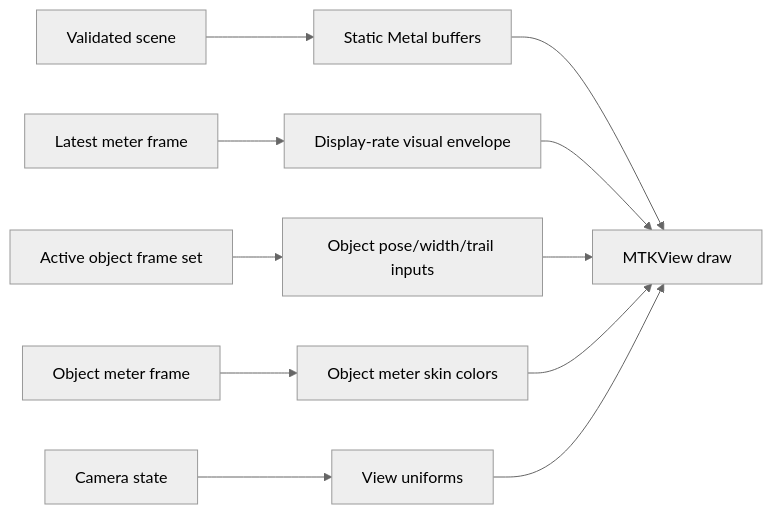
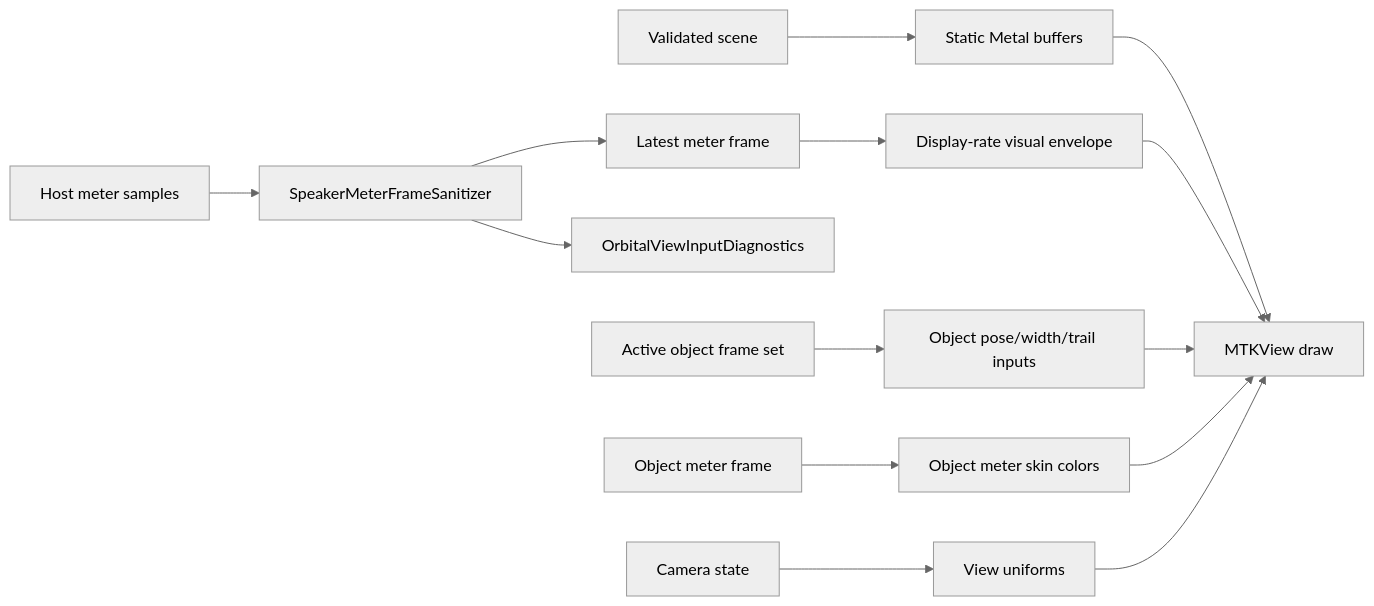
Before and after one commit to jebagu/orbital-view: the sixth of 15 diagrams in docs/system-flows.md, drawn with Mermaid (neutral theme). The commit also changed other lines of this file and 37 other files, not shown here.

Commit message:
Complete native Orbital View continuation and viewer

````diff
--- a/docs/system-flows.md
+++ b/docs/system-flows.md
@@ -38,13 +77,16 @@
 ```mermaid
 flowchart LR
   Scene["Validated scene"] --> StaticGeometry["Static Metal buffers"]
-  MeterFrame["Latest meter frame"] --> VisualState["Display-rate visual envelope"]
+  RawMeters["Host meter samples"] --> Sanitizer["SpeakerMeterFrameSanitizer"]
+  Sanitizer --> MeterFrame["Latest meter frame"]
+  Sanitizer --> Diagnostics["OrbitalViewInputDiagnostics"]
+  MeterFrame --> VisualState["Display-rate visual envelope"]
   Objects["Active object frame set"] --> ObjectPose["Object pose/width/trail inputs"]
   ObjectMeters["Object meter frame"] --> ObjectColor["Object meter skin colors"]
   Camera["Camera state"] --> ViewUniforms["View uniforms"]
   StaticGeometry --> Draw["MTKView draw"]
   VisualState --> Draw
   ObjectPose --> Draw
   ObjectColor --> Draw
   ViewUniforms --> Draw
 ```
````
